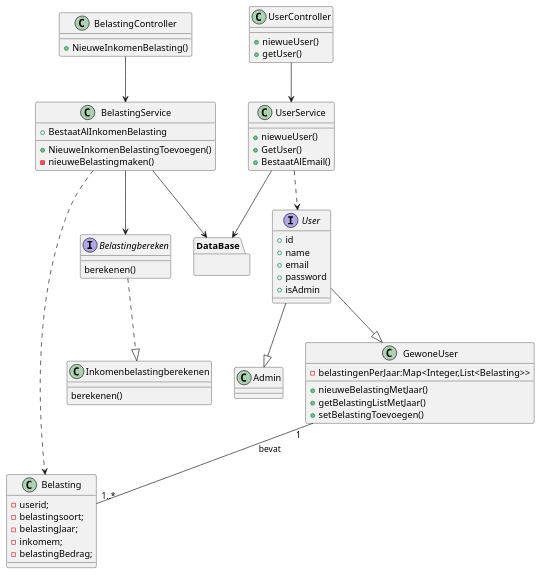
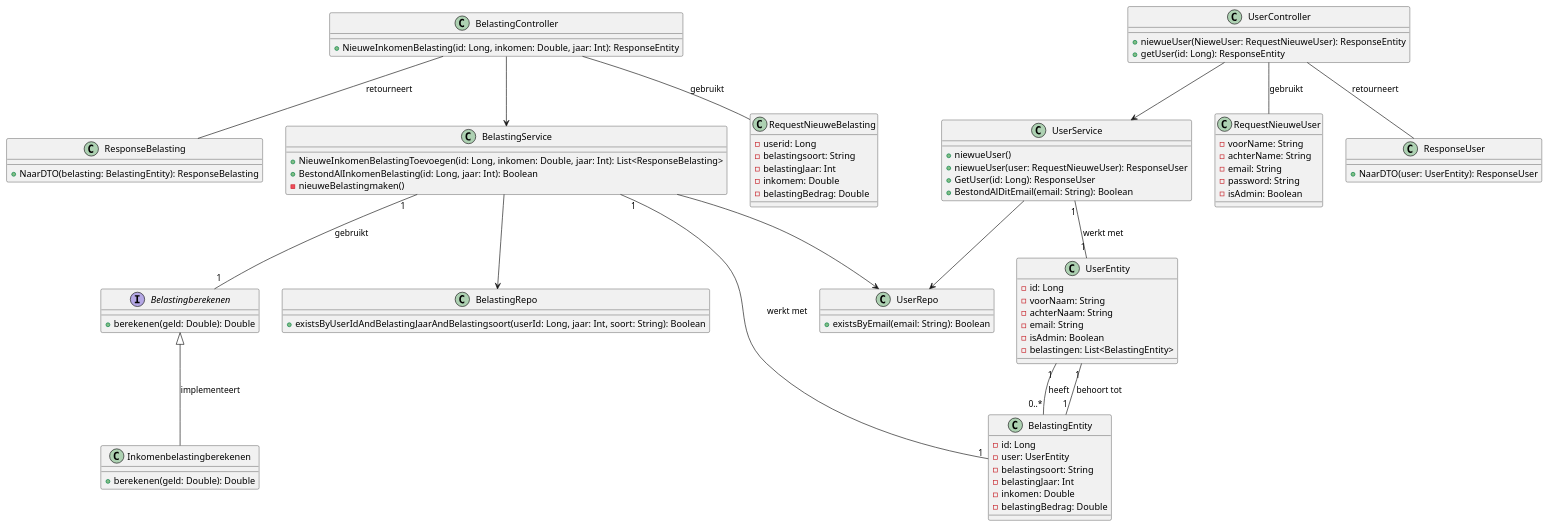
Before and after one commit to 22Bassel/MiniBelastingdienst: the diagram in src/Diagram.puml, drawn with PlantUML.

Commit message:
Diagram verwerken

```diff
--- a/src/Diagram.puml
+++ b/src/Diagram.puml
@@ -1,96 +1,118 @@
 @startuml
 
 ' *** controlers ***
 class UserController{
-+niewueUser()
-+getUser()
+ + niewueUser(NieweUser: RequestNieuweUser): ResponseEntity
+  + getUser(id: Long): ResponseEntity
 }
 
 class BelastingController{
-+NieuweInkomenBelasting()
+ + NieuweInkomenBelasting(id: Long, inkomen: Double, jaar: Int): ResponseEntity
 }
 
 '-----------------
 
 
 
 ' *** Services ***
 class UserService{
 +niewueUser()
-+GetUser()
-+BestaatAlEmail()
+ + niewueUser(user: RequestNieuweUser): ResponseUser
+ + GetUser(id: Long): ResponseUser
+ + BestondAlDitEmail(email: String): Boolean
 }
 
 class BelastingService{
-+NieuweInkomenBelastingToevoegen()
--nieuweBelastingmaken()
-+BestaatAlInkomenBelasting
+ + NieuweInkomenBelastingToevoegen(id: Long, inkomen: Double, jaar: Int): List<ResponseBelasting>
+ + BestondAlInkomenBelasting(id: Long, jaar: Int): Boolean
+ -nieuweBelastingmaken()
 }
 
 '*** package belastingbereken ***
-interface Belastingbereken{
-berekenen()
+interface Belastingberekenen{
++ berekenen(geld: Double): Double
 }
 
 class Inkomenbelastingberekenen{
-berekenen()
++ berekenen(geld: Double): Double
 }
 '-----------------
 
 
 
 ' *** models ***
-interface User{
-+id
-+name
-+email
-+password
-+isAdmin
-
+' Entities
+class UserEntity {
+  - id: Long
+  - voorNaam: String
+  - achterNaam: String
+  - email: String
+  - isAdmin: Boolean
+  - belastingen: List<BelastingEntity>
+}
+class BelastingEntity {
+  - id: Long
+  - user: UserEntity
+  - belastingsoort: String
+  - belastingJaar: Int
+  - inkomen: Double
+  - belastingBedrag: Double
 }
 
-class Admin{
+' DTOs
+class RequestNieuweUser {
+  - voorName: String
+  - achterName: String
+  - email: String
+  - password: String
+  - isAdmin: Boolean
 }
-
-class GewoneUser{
-  -belastingenPerJaar:Map<Integer,List<Belasting>>
-
-  +nieuweBelastingMetJaar()
-  +getBelastingListMetJaar()
-  +setBelastingToevoegen()
-
+class RequestNieuweBelasting {
+  - userid: Long
+  - belastingsoort: String
+  - belastingJaar: Int
+  - inkomem: Double
+  - belastingBedrag: Double
 }
-
-class Belasting{
- -userid;
- -belastingsoort;
- -belastingJaar;
- -inkomem;
- -belastingBedrag;
+class ResponseUser {
+  + NaarDTO(user: UserEntity): ResponseUser
+}
+class ResponseBelasting {
+  + NaarDTO(belasting: BelastingEntity): ResponseBelasting
 }
 
 '-----------------
 
 
 ' *** DataBase ***
-package DataBase{}
+class BelastingRepo {
+  + existsByUserIdAndBelastingJaarAndBelastingsoort(userId: Long, jaar: Int, soort: String): Boolean
+}
+
+class UserRepo {
+  + existsByEmail(email: String): Boolean
+}
 
 ' *** Relations ***
-User--|>GewoneUser
-User--|>Admin
+UserController --> UserService
+BelastingController --> BelastingService
 
-GewoneUser "1" -- "1..*" Belasting : bevat
+UserService  --> UserRepo
+BelastingService --> BelastingRepo
+BelastingService --> UserRepo
 
-UserController-->UserService
-BelastingController-->BelastingService
+UserEntity "1" -- "0..*" BelastingEntity : heeft
+BelastingEntity "1" -- "1" UserEntity : behoort tot
 
-UserService..>User
-BelastingService..>Belasting
+UserService "1" -- "1" UserEntity : werkt met
+BelastingService "1" -- "1" BelastingEntity : werkt met
 
-Belastingbereken..|>Inkomenbelastingberekenen
-BelastingService-->Belastingbereken
+UserController -- RequestNieuweUser : gebruikt
+UserController --  ResponseUser : retourneert
+BelastingController -- RequestNieuweBelasting : gebruikt
+BelastingController --  ResponseBelasting : retourneert
 
-UserService-->DataBase
-BelastingService-->DataBase
+BelastingService "1" -- "1" Belastingberekenen : gebruikt
+Belastingberekenen <|-- Inkomenbelastingberekenen : implementeert
 
 @enduml
```
